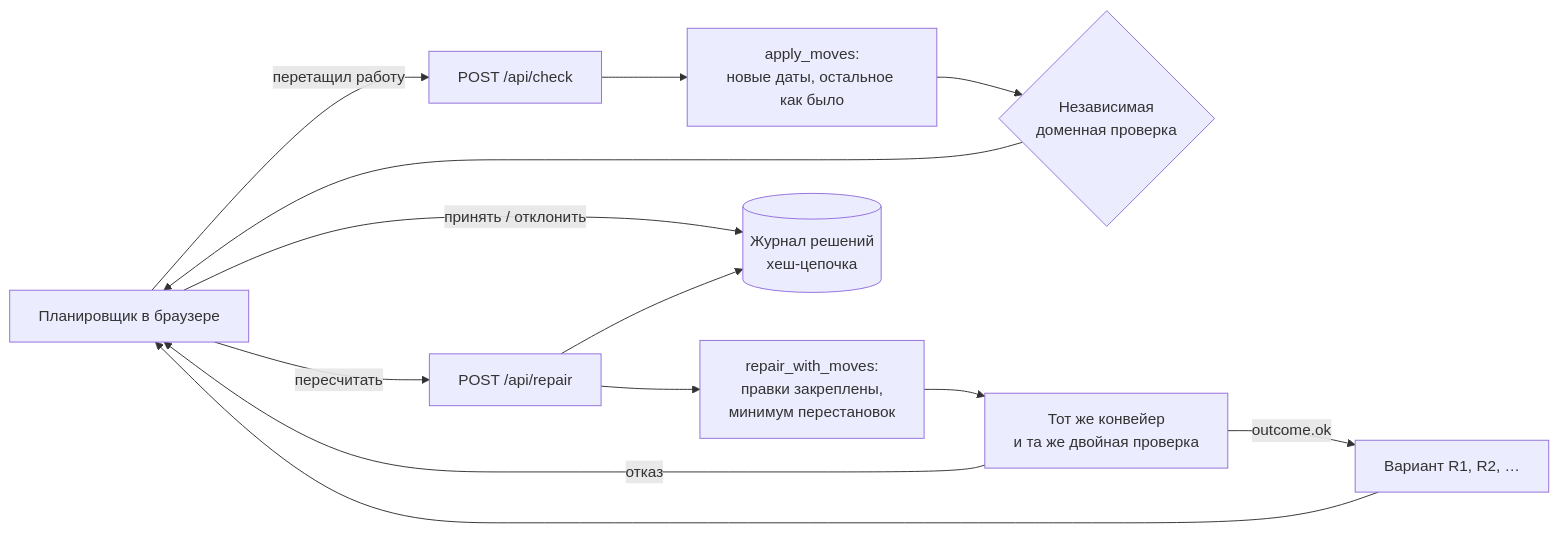
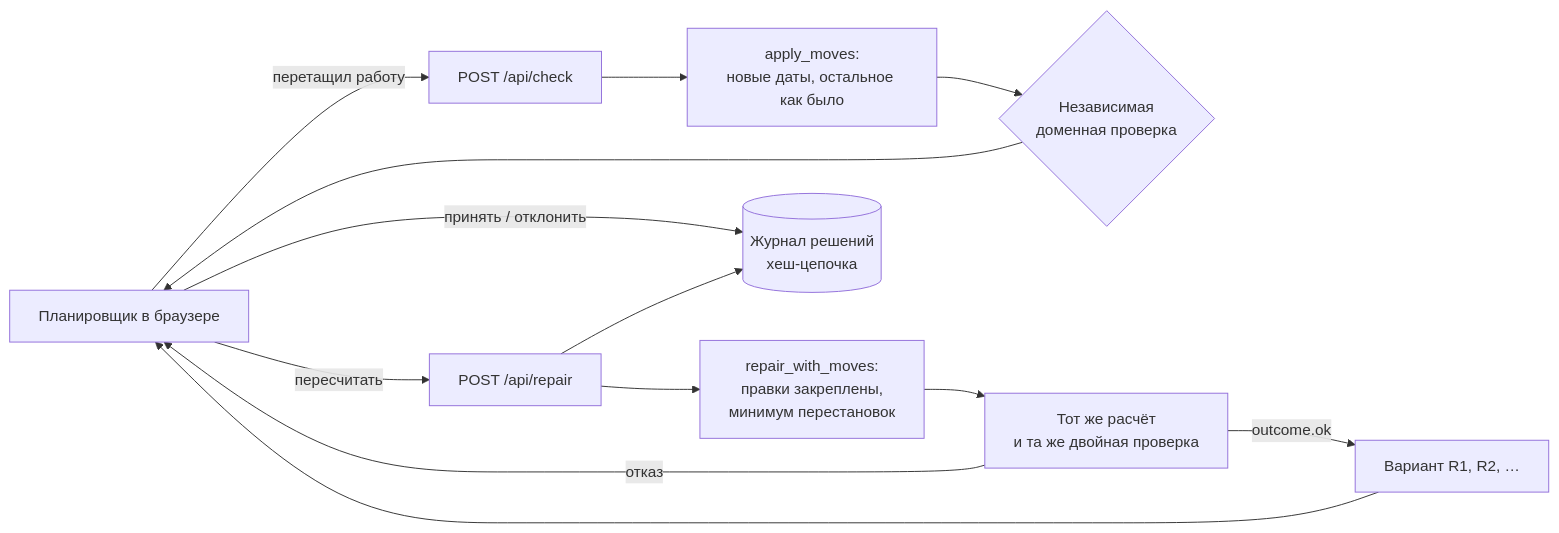
The second of 2 diagrams in docs/architecture.md (KonkovDV/SynAPS-ProgramPlan), drawn with Mermaid before and after one commit. The commit also changed other lines of this file and 36 other files, not shown here.

````diff
--- a/docs/architecture.md
+++ b/docs/architecture.md
@@ -35,15 +35,15 @@
 ```mermaid
 flowchart LR
     U[Планировщик в браузере] -- перетащил работу --> CH[POST /api/check]
     CH --> AM[apply_moves:<br/>новые даты, остальное как было]
     AM --> V2{Независимая<br/>доменная проверка}
     V2 --> U
     U -- пересчитать --> RE[POST /api/repair]
     RE --> RW[repair_with_moves:<br/>правки закреплены,<br/>минимум перестановок]
-    RW --> PL[Тот же конвейер<br/>и та же двойная проверка]
+    RW --> PL[Тот же расчёт<br/>и та же двойная проверка]
     PL -- outcome.ok --> R[Вариант R1, R2, …]
     PL -- отказ --> U
     R --> U
     U -- принять / отклонить --> J[(Журнал решений<br/>хеш-цепочка)]
     RE --> J
 ```
````
